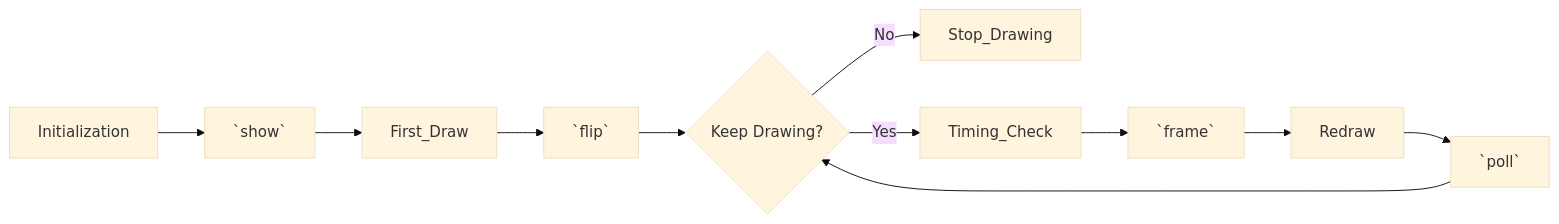
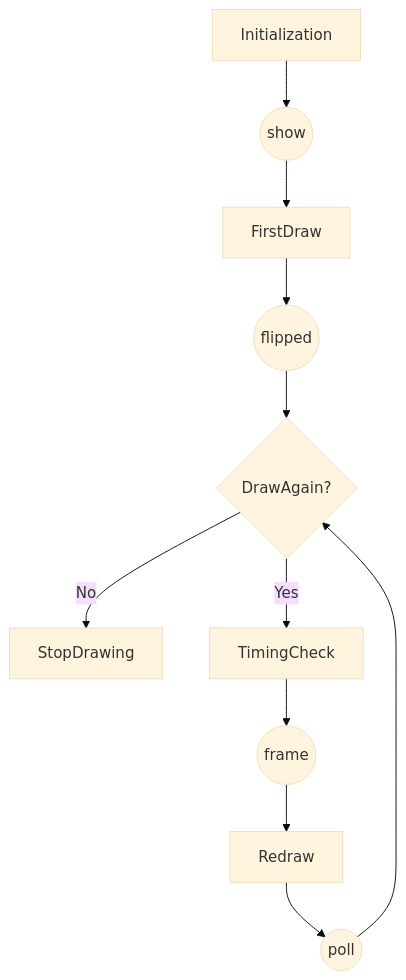
One commit to bluebonesx/psychopy-scene changed the diagram in README.md. Above: the diagram before and after it, drawn with Mermaid (base theme). The commit also changed other lines of this file and 5 other files, not shown here.

````diff
--- a/README.md
+++ b/README.md
@@ -137,6 +152,6 @@
 ```mermaid
-graph LR
-Initialization --> `show` --> First_Draw --> `flip` --> c{Keep Drawing?}
-c -->|No| Stop_Drawing
-c -->|Yes| Timing_Check --> `frame` --> Redraw --> `poll` --> c
+graph TD
+Initialization --> s((show)) --> FirstDraw --> f((flipped)) --> c{DrawAgain?}
+c -->|No| StopDrawing
+c -->|Yes| TimingCheck --> a((frame)) --> Redraw --> p((poll)) --> c
 ```
````
